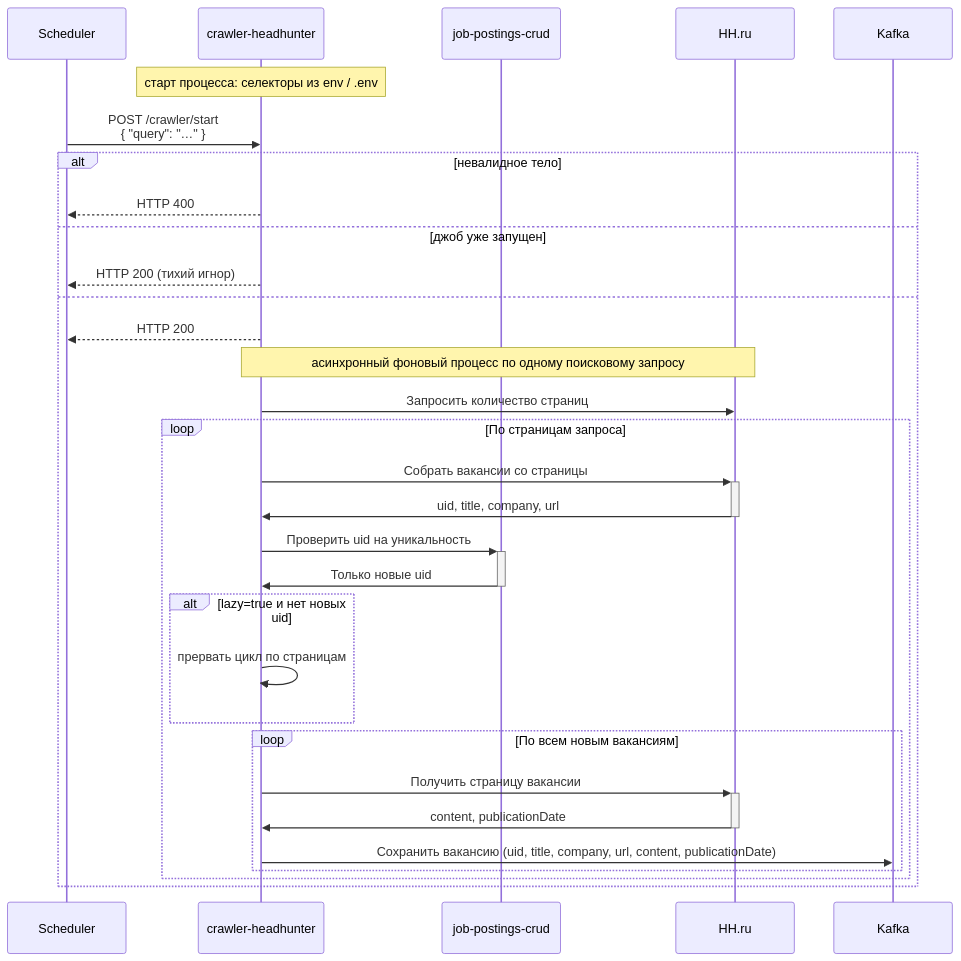
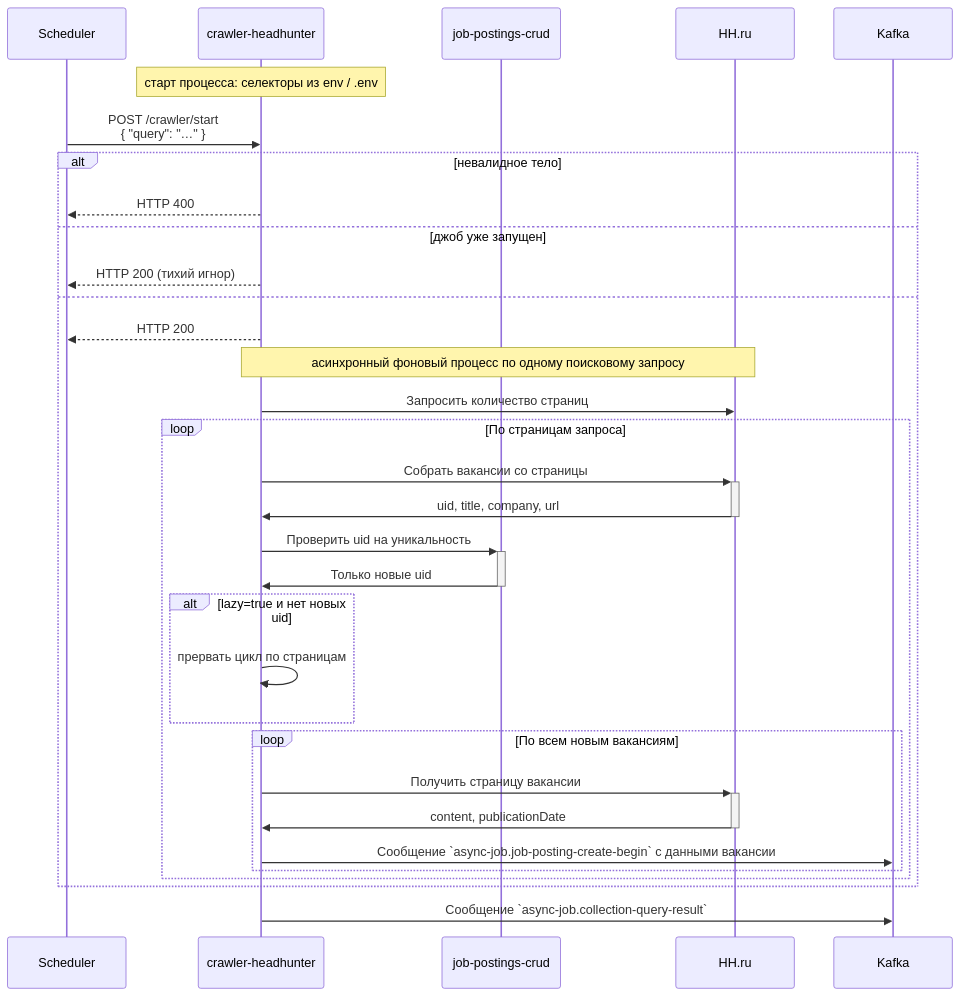
One commit to joposcragent/specifications changed the diagram in services/crawler-headhunter/readme.md. Above: the diagram before and after it, drawn with Mermaid. The commit also changed other lines of this file and 12 other files, not shown here.

````diff
--- a/services/crawler-headhunter/readme.md
+++ b/services/crawler-headhunter/readme.md
@@ -81,38 +88,39 @@
 ```mermaid
 sequenceDiagram
     participant Scheduler
     participant Crawler as crawler-headhunter
     participant Postings as job-postings-crud
     participant HH as HH.ru
 
     Note over Crawler: старт процесса: селекторы из env / .env
 
     Scheduler->>Crawler: POST /crawler/start<br/>{ "query": "…" }
 
     alt невалидное тело
         Crawler-->>Scheduler: HTTP 400
     else джоб уже запущен
         Crawler-->>Scheduler: HTTP 200 (тихий игнор)
     else
         Crawler-->>Scheduler: HTTP 200
         Note over Crawler,HH: асинхронный фоновый процесс по одному поисковому запросу
 
         Crawler->>HH: Запросить количество страниц
 
         loop По страницам запроса
             Crawler->>+HH: Собрать вакансии со страницы
             HH->>-Crawler: uid, title, company, url
             Crawler->>+Postings: Проверить uid на уникальность
             Postings->>-Crawler: Только новые uid
             alt lazy=true и нет новых uid
                 Crawler->>Crawler: прервать цикл по страницам
             end
 
             loop По всем новым вакансиям
                 Crawler->>+HH: Получить страницу вакансии
                 HH->>-Crawler: content, publicationDate
-                Crawler->>Kafka: Сохранить вакансию (uid, title, company, url, content, publicationDate)
+                Crawler->>Kafka: Сообщение `async-job.job-posting-create-begin` с данными вакансии
             end
         end
     end
+    Crawler->>Kafka: Сообщение `async-job.collection-query-result`
 ```
````
